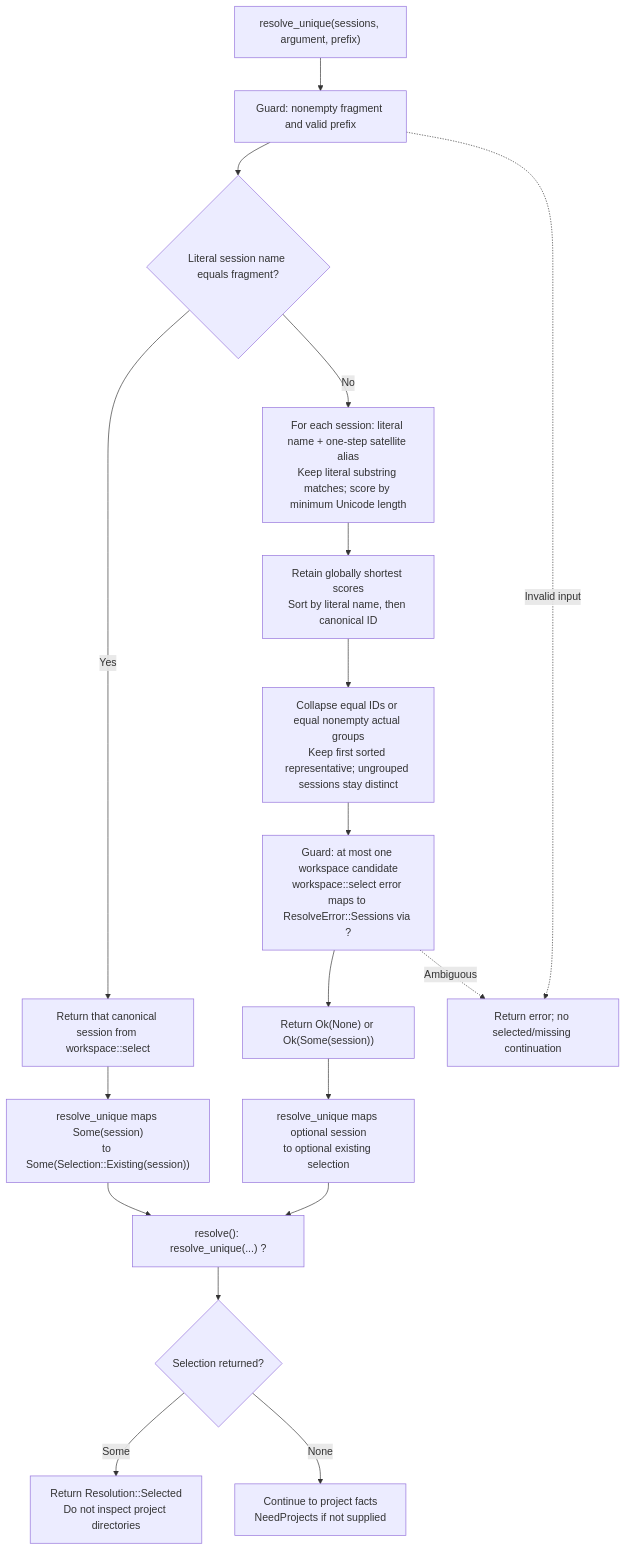
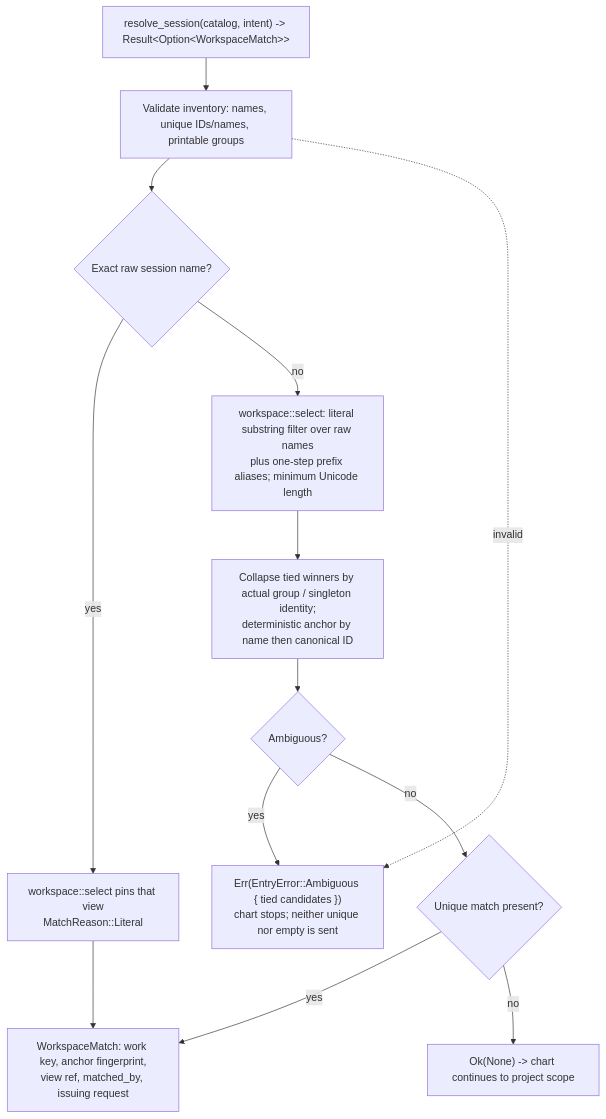
The diagram in doc/entry/README.md (rektide/tta), drawn with Mermaid before and after one commit. The commit also changed other lines of this file and 2 other files, not shown here.

First line of the commit message:
Promote the entry account and structural graphs to the 0.8.0 owned-attempt architecture

````diff
--- a/doc/entry/README.md
+++ b/doc/entry/README.md
@@ -154,20 +188,15 @@
 ```mermaid
 flowchart TD
-    resolveUnique["resolve_unique(sessions, argument, prefix)"] --> validateSessionInput["Guard: nonempty fragment and valid prefix"]
-    validateSessionInput --> rawExact{"Literal session name equals fragment?"}
-    rawExact -->|Yes| exactSession["Return that canonical session from workspace::select"]
-    rawExact -->|No| aliasCandidates["For each session: literal name + one-step satellite alias<br/>Keep literal substring matches; score by minimum Unicode length"]
-    aliasCandidates --> shortestCandidates["Retain globally shortest scores<br/>Sort by literal name, then canonical ID"]
-    shortestCandidates --> workspaceCandidates["Collapse equal IDs or equal nonempty actual groups<br/>Keep first sorted representative; ungrouped sessions stay distinct"]
-    workspaceCandidates --> uniqueGuard["Guard: at most one workspace candidate<br/>workspace::select error maps to ResolveError::Sessions via ?"]
-    uniqueGuard --> uniqueOption["Return Ok(None) or Ok(Some(session))"]
-    exactSession --> existingSelection["resolve_unique maps Some(session)<br/>to Some(Selection::Existing(session))"]
-    uniqueOption --> mapSelection["resolve_unique maps optional session<br/>to optional existing selection"]
-    mapSelection --> resolveContinuation["resolve(): resolve_unique(...) ?"]
-    existingSelection --> resolveContinuation
-    resolveContinuation --> selectionReturned{"Selection returned?"}
-    selectionReturned -->|Some| selectedSession["Return Resolution::Selected<br/>Do not inspect project directories"]
-    selectionReturned -->|None| projectContinuation["Continue to project facts<br/>NeedProjects if not supplied"]
-    validateSessionInput -.->|Invalid input| resolutionError["Return error; no selected/missing continuation"]
-    uniqueGuard -.->|Ambiguous| resolutionError
+    input["resolve_session(catalog, intent) -> Result&lt;Option&lt;WorkspaceMatch&gt;&gt;"] --> validate["Validate inventory: names, unique IDs/names, printable groups"]
+    validate --> literal{"Exact raw session name?"}
+    literal -->|yes| exact["workspace::select pins that view<br/>MatchReason::Literal"]
+    literal -->|no| rank["workspace::select: literal substring filter over raw names<br/>plus one-step prefix aliases; minimum Unicode length"]
+    rank --> collapse["Collapse tied winners by actual group / singleton identity;<br/>deterministic anchor by name then canonical ID"]
+    collapse --> guard{"Ambiguous?"}
+    guard -->|yes| error["Err(EntryError::Ambiguous { tied candidates })<br/>chart stops; neither unique nor empty is sent"]
+    guard -->|no| option{"Unique match present?"}
+    option -->|yes| selected["WorkspaceMatch: work key, anchor fingerprint,<br/>view ref, matched_by, issuing request"]
+    option -->|no| missing["Ok(None) -> chart continues to project scope"]
+    exact --> selected
+    validate -.->|invalid| error
 ```
````
